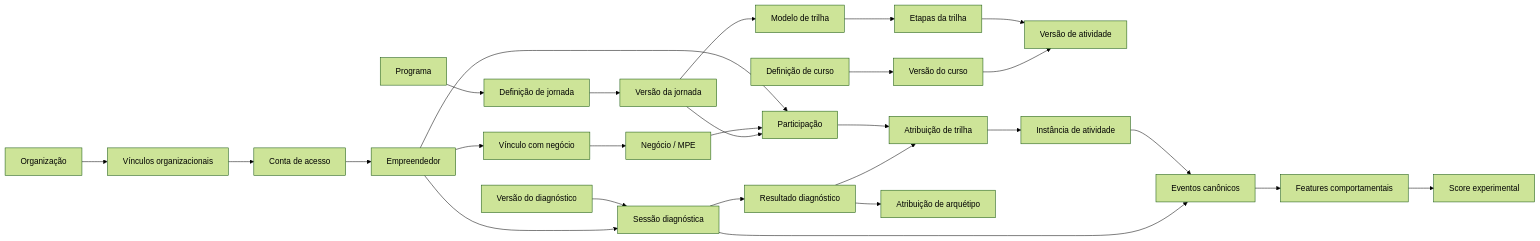
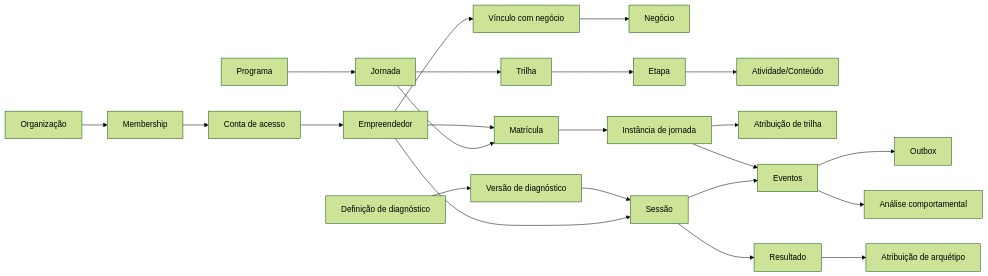
Before and after one commit to pablo-marchina/LMS-estimulo: the diagram in docs/domain/DOMAIN_MODEL.md, drawn with Mermaid (forest theme). The commit also changed other lines of this file and 13 other files, not shown here.

````diff
--- a/docs/domain/DOMAIN_MODEL.md
+++ b/docs/domain/DOMAIN_MODEL.md
@@ -29,35 +21,29 @@
 ```mermaid
 flowchart LR
     UA[Conta de acesso] --> EP[Empreendedor]
     EP --> BM[Vínculo com negócio]
-    BM --> B[Negócio / MPE]
-
-    O[Organização] --> OM[Vínculos organizacionais]
+    BM --> B[Negócio]
+    O[Organização] --> OM[Membership]
     OM --> UA
 
-    P[Programa] --> JD[Definição de jornada]
-    JD --> JV[Versão da jornada]
-    JV --> PT[Modelo de trilha]
-    PT --> JS[Etapas da trilha]
-    JS --> AV[Versão de atividade]
+    P[Programa] --> J[Jornada]
+    J --> PT[Trilha]
+    PT --> PS[Etapa]
+    PS --> A[Atividade/Conteúdo]
 
-    CD[Definição de curso] --> CV[Versão do curso]
-    CV --> AV
+    EP --> EN[Matrícula]
+    J --> EN
+    EN --> JI[Instância de jornada]
+    JI --> PA[Atribuição de trilha]
 
-    EP --> EN[Participação]
-    B --> EN
-    JV --> EN
-    EN --> PA[Atribuição de trilha]
-    PA --> AI[Instância de atividade]
+    DD[Definição de diagnóstico] --> DV[Versão de diagnóstico]
+    DV --> DS[Sessão]
+    EP --> DS
+    DS --> DR[Resultado]
+    DR --> AA[Atribuição de arquétipo]
 
-    DD[Versão do diagnóstico] --> DS[Sessão diagnóstica]
-    EP --> DS
-    DS --> DR[Resultado diagnóstico]
-    DR --> AA[Atribuição de arquétipo]
-    DR --> PA
-
-    AI --> EV[Eventos canônicos]
+    JI --> EV[Eventos]
     DS --> EV
-    EV --> FV[Features comportamentais]
-    FV --> SR[Score experimental]
+    EV --> OB[Outbox]
+    EV --> BI[Análise comportamental]
 ```
````
